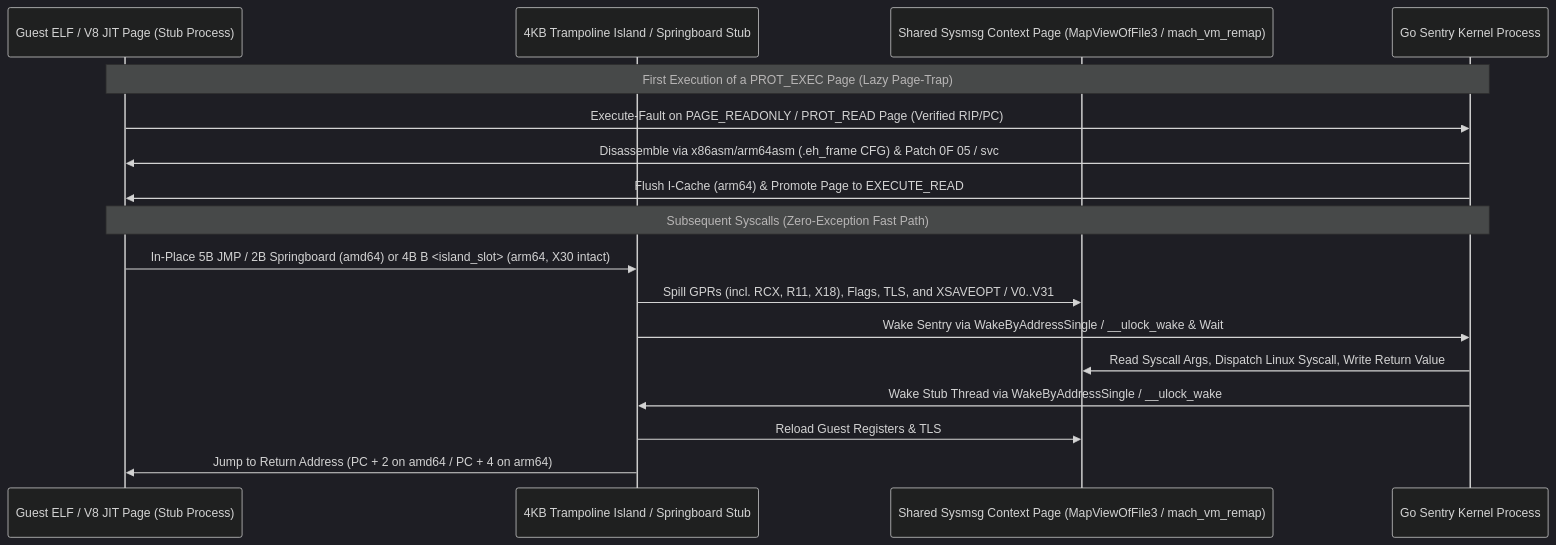
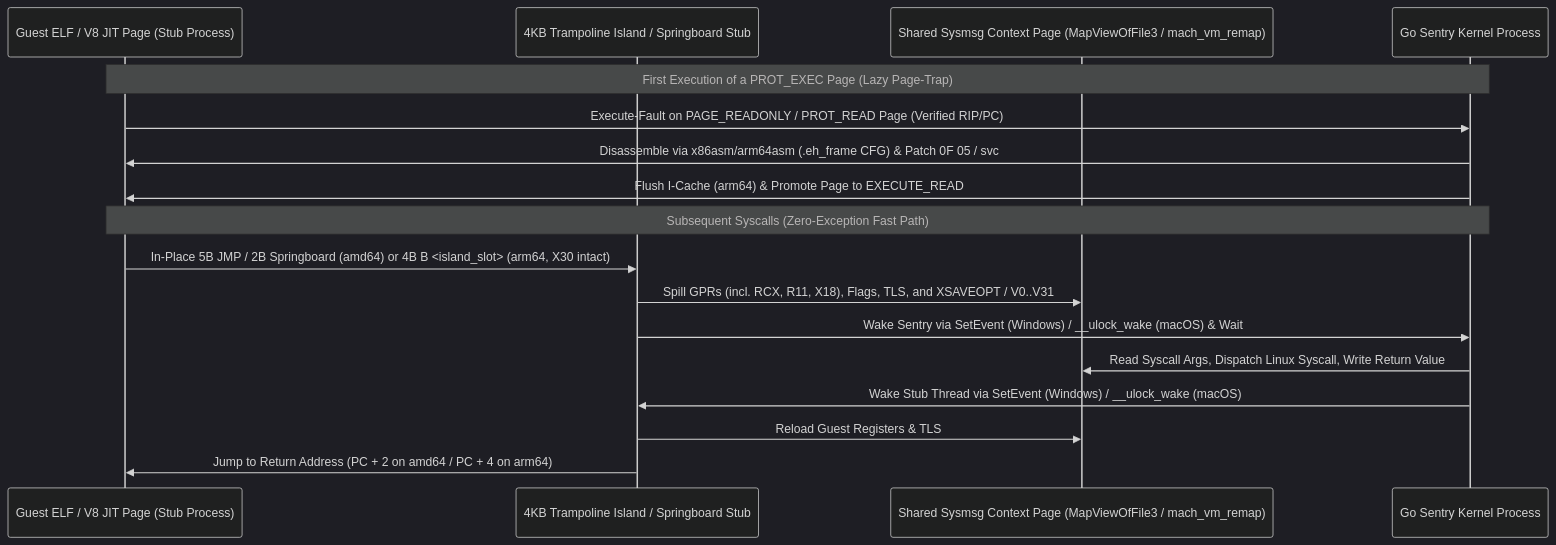
The fourth of 7 diagrams in docs/architecture.md (antegral/containerd-shim-gvx), drawn with Mermaid (dark theme) before and after one commit. The commit also changed other lines of this file and 13 other files, not shown here.

````diff
--- a/docs/architecture.md
+++ b/docs/architecture.md
@@ -325,21 +327,21 @@
 ```mermaid
 sequenceDiagram
     participant Guest as Guest ELF / V8 JIT Page (Stub Process)
     participant Island as 4KB Trampoline Island / Springboard Stub
     participant Sysmsg as Shared Sysmsg Context Page (MapViewOfFile3 / mach_vm_remap)
     participant Sentry as Go Sentry Kernel Process
 
     Note over Guest,Sentry: First Execution of a PROT_EXEC Page (Lazy Page-Trap)
     Guest->>Sentry: Execute-Fault on PAGE_READONLY / PROT_READ Page (Verified RIP/PC)
     Sentry->>Guest: Disassemble via x86asm/arm64asm (.eh_frame CFG) & Patch 0F 05 / svc #0 in-place
     Sentry->>Guest: Flush I-Cache (arm64) & Promote Page to EXECUTE_READ
 
     Note over Guest,Sentry: Subsequent Syscalls (Zero-Exception Fast Path)
     Guest->>Island: In-Place 5B JMP / 2B Springboard (amd64) or 4B B <island_slot> (arm64, X30 intact)
     Island->>Sysmsg: Spill GPRs (incl. RCX, R11, X18), Flags, TLS, and XSAVEOPT / V0..V31
-    Island->>Sentry: Wake Sentry via WakeByAddressSingle / __ulock_wake & Wait
+    Island->>Sentry: Wake Sentry via SetEvent (Windows) / __ulock_wake (macOS) & Wait
     Sentry->>Sysmsg: Read Syscall Args, Dispatch Linux Syscall, Write Return Value
-    Sentry->>Island: Wake Stub Thread via WakeByAddressSingle / __ulock_wake
+    Sentry->>Island: Wake Stub Thread via SetEvent (Windows) / __ulock_wake (macOS)
     Island->>Sysmsg: Reload Guest Registers & TLS
     Island->>Guest: Jump to Return Address (PC + 2 on amd64 / PC + 4 on arm64)
 ```
````
